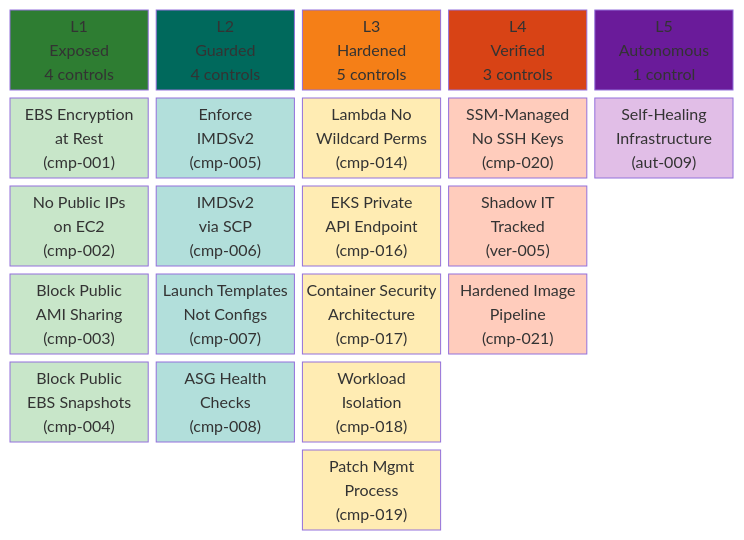
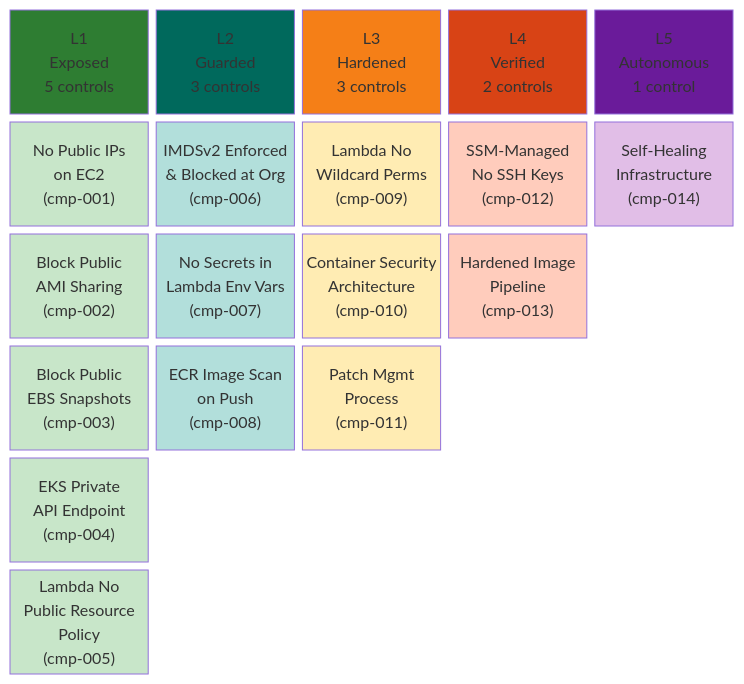
Before and after one commit to RemedySec/csmm: the first of 2 diagrams in docs/compute-pillar.md, drawn with Mermaid. The commit also changed other lines of this file and 157 other files, not shown here.

````diff
--- a/docs/compute-pillar.md
+++ b/docs/compute-pillar.md
@@ -9,44 +9,41 @@
 ```mermaid
 block-beta
   columns 5
 
-  H1["L1\nExposed\n4 controls"]:1 H2["L2\nGuarded\n4 controls"]:1 H3["L3\nHardened\n5 controls"]:1 H4["L4\nVerified\n3 controls"]:1 H5["L5\nAutonomous\n1 control"]:1
+  H1["L1\nExposed\n5 controls"]:1 H2["L2\nGuarded\n3 controls"]:1 H3["L3\nHardened\n3 controls"]:1 H4["L4\nVerified\n2 controls"]:1 H5["L5\nAutonomous\n1 control"]:1
 
-  A1["EBS Encryption\nat Rest\n(cmp-001)"]:1 A2["Enforce\nIMDSv2\n(cmp-005)"]:1 A3["Lambda No\nWildcard Perms\n(cmp-014)"]:1 A4["SSM-Managed\nNo SSH Keys\n(cmp-020)"]:1 A5["Self-Healing\nInfrastructure\n(aut-009)"]:1
+  A1["No Public IPs\non EC2\n(cmp-001)"]:1 A2["IMDSv2 Enforced\n& Blocked at Org\n(cmp-006)"]:1 A3["Lambda No\nWildcard Perms\n(cmp-009)"]:1 A4["SSM-Managed\nNo SSH Keys\n(cmp-012)"]:1 A5["Self-Healing\nInfrastructure\n(cmp-014)"]:1
 
-  B1["No Public IPs\non EC2\n(cmp-002)"]:1 B2["IMDSv2\nvia SCP\n(cmp-006)"]:1 B3["EKS Private\nAPI Endpoint\n(cmp-016)"]:1 B4["Shadow IT\nTracked\n(ver-005)"]:1 space:1
+  B1["Block Public\nAMI Sharing\n(cmp-002)"]:1 B2["No Secrets in\nLambda Env Vars\n(cmp-007)"]:1 B3["Container Security\nArchitecture\n(cmp-010)"]:1 B4["Hardened Image\nPipeline\n(cmp-013)"]:1 space:1
 
-  C1["Block Public\nAMI Sharing\n(cmp-003)"]:1 C2["Launch Templates\nNot Configs\n(cmp-007)"]:1 C3["Container Security\nArchitecture\n(cmp-017)"]:1 C4["Hardened Image\nPipeline\n(cmp-021)"]:1 space:1
+  C1["Block Public\nEBS Snapshots\n(cmp-003)"]:1 C2["ECR Image Scan\non Push\n(cmp-008)"]:1 C3["Patch Mgmt\nProcess\n(cmp-011)"]:1 space:1 space:1
 
-  D1["Block Public\nEBS Snapshots\n(cmp-004)"]:1 D2["ASG Health\nChecks\n(cmp-008)"]:1 D3["Workload\nIsolation\n(cmp-018)"]:1 space:1 space:1
+  D1["EKS Private\nAPI Endpoint\n(cmp-004)"]:1 space:1 space:1 space:1 space:1
 
-  space:1 space:1 E3["Patch Mgmt\nProcess\n(cmp-019)"]:1 space:1 space:1
+  E1["Lambda No\nPublic Resource\nPolicy\n(cmp-005)"]:1 space:1 space:1 space:1 space:1
 
   style H1 fill:#2e7d32,color:#fff
   style H2 fill:#00695c,color:#fff
   style H3 fill:#f57f17,color:#fff
   style H4 fill:#d84315,color:#fff
   style H5 fill:#6a1b9a,color:#fff
 
   style A1 fill:#c8e6c9,color:#1b5e20
   style B1 fill:#c8e6c9,color:#1b5e20
   style C1 fill:#c8e6c9,color:#1b5e20
   style D1 fill:#c8e6c9,color:#1b5e20
+  style E1 fill:#c8e6c9,color:#1b5e20
 
   style A2 fill:#b2dfdb,color:#004d40
   style B2 fill:#b2dfdb,color:#004d40
   style C2 fill:#b2dfdb,color:#004d40
-  style D2 fill:#b2dfdb,color:#004d40
 
   style A3 fill:#ffecb3,color:#e65100
   style B3 fill:#ffecb3,color:#e65100
   style C3 fill:#ffecb3,color:#e65100
-  style D3 fill:#ffecb3,color:#e65100
-  style E3 fill:#ffecb3,color:#e65100
 
   style A4 fill:#ffccbc,color:#bf360c
   style B4 fill:#ffccbc,color:#bf360c
-  style C4 fill:#ffccbc,color:#bf360c
 
   style A5 fill:#e1bee7,color:#4a148c
 ```
````
